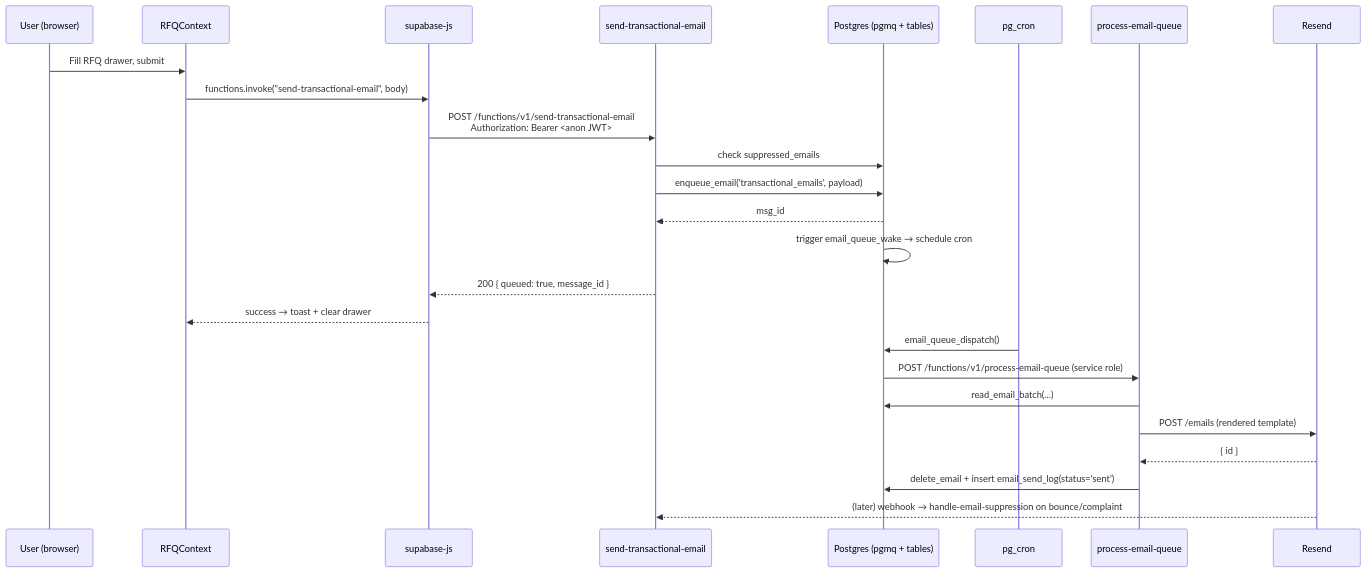
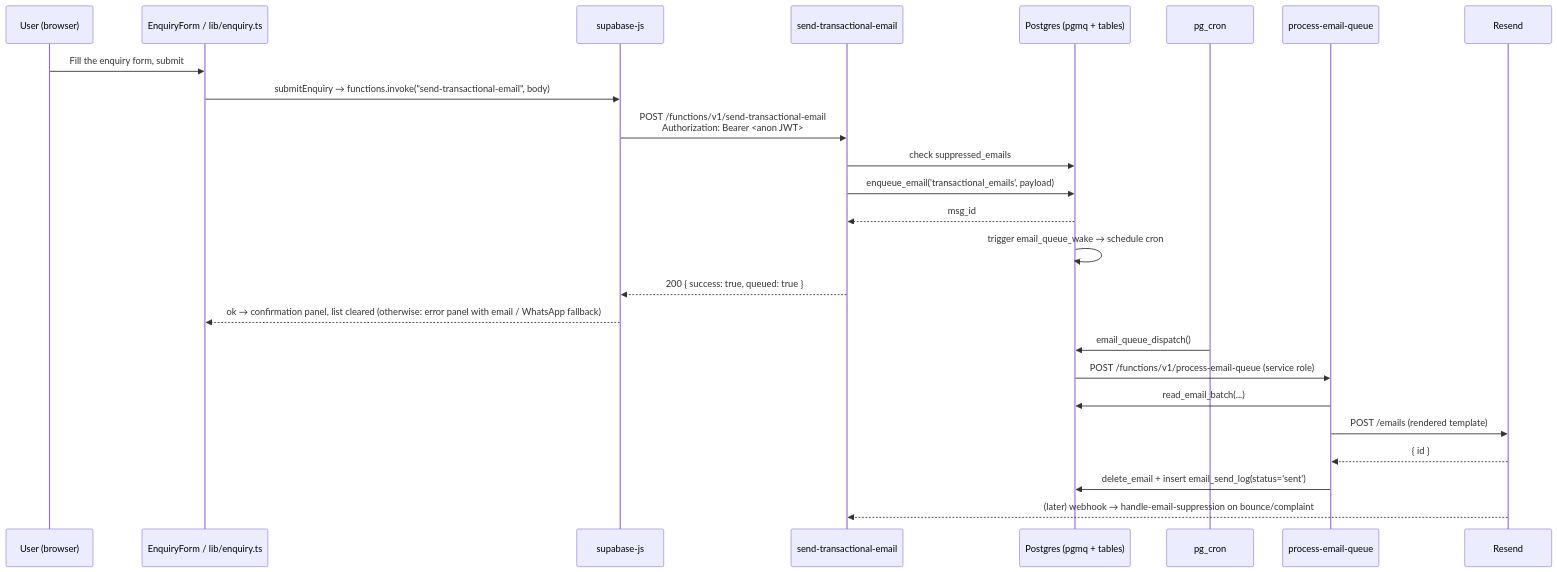
One commit to arka97/protpure-catalog changed the diagram in docs/API_SPEC.md. Above: the diagram before and after it, drawn with Mermaid. The commit also changed other lines of this file and 9 other files, not shown here.

````diff
--- a/docs/API_SPEC.md
+++ b/docs/API_SPEC.md
@@ -93,29 +104,29 @@
 ```mermaid
 sequenceDiagram
     participant U as User (browser)
-    participant R as RFQContext
+    participant R as EnquiryForm / lib/enquiry.ts
     participant SJS as supabase-js
     participant EF as send-transactional-email
     participant DB as Postgres (pgmq + tables)
     participant Cron as pg_cron
     participant W as process-email-queue
     participant RS as Resend
 
-    U->>R: Fill RFQ drawer, submit
-    R->>SJS: functions.invoke("send-transactional-email", body)
+    U->>R: Fill the enquiry form, submit
+    R->>SJS: submitEnquiry → functions.invoke("send-transactional-email", body)
     SJS->>EF: POST /functions/v1/send-transactional-email<br/>Authorization: Bearer <anon JWT>
     EF->>DB: check suppressed_emails
     EF->>DB: enqueue_email('transactional_emails', payload)
     DB-->>EF: msg_id
     DB->>DB: trigger email_queue_wake → schedule cron
-    EF-->>SJS: 200 { queued: true, message_id }
-    SJS-->>R: success → toast + clear drawer
+    EF-->>SJS: 200 { success: true, queued: true }
+    SJS-->>R: ok → confirmation panel, list cleared (otherwise: error panel with email / WhatsApp fallback)
 
     Cron->>DB: email_queue_dispatch()
     DB->>W: POST /functions/v1/process-email-queue (service role)
     W->>DB: read_email_batch(...)
     W->>RS: POST /emails (rendered template)
     RS-->>W: { id }
     W->>DB: delete_email + insert email_send_log(status='sent')
     RS-->>EF: (later) webhook → handle-email-suppression on bounce/complaint
 ```
````
